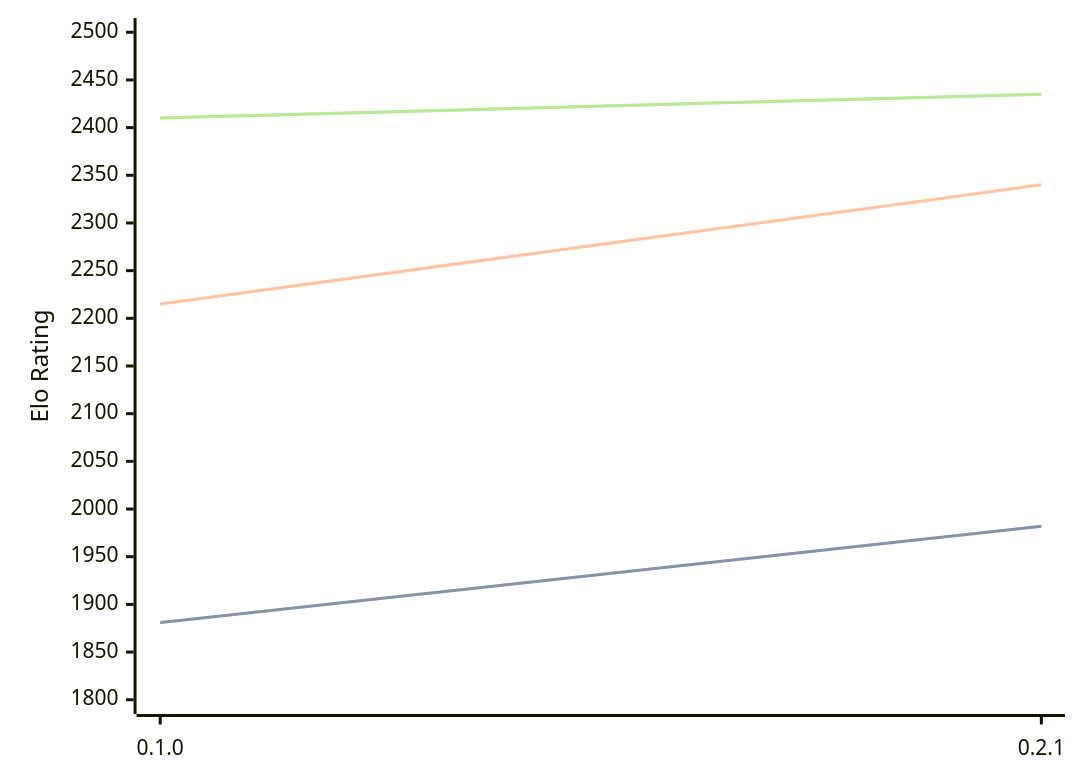
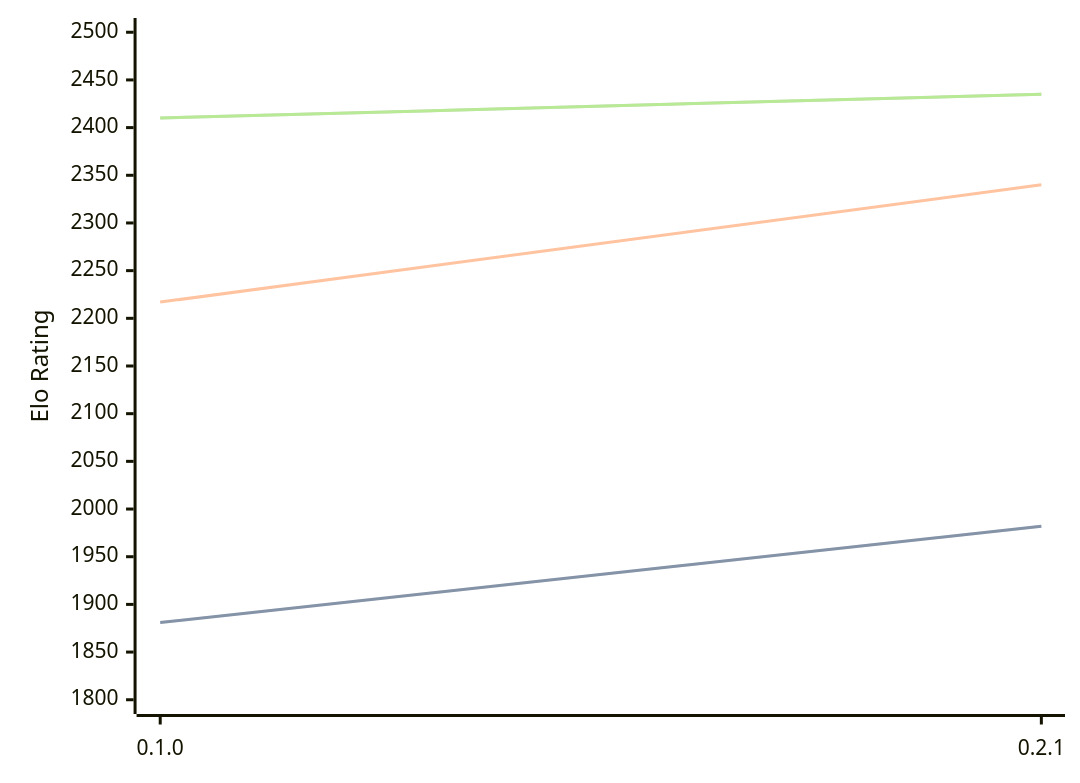
One commit to computer-chess-index/cci changed the third of 3 diagrams in engines/Sykora.md. Above: the diagram before and after it, drawn with Mermaid. The commit also changed other lines of this file, not shown here.

````diff
--- a/engines/Sykora.md
+++ b/engines/Sykora.md
@@ -66,11 +66,11 @@
 ```mermaid
 %%{init: {"theme":"base","themeVariables":{"seriesColors:['#a3a3a3','#222221','#faa371']}}}%%
 xychart-beta
   x-axis ["0.1.0", "0.2.1"]
   y-axis "Elo Rating" 1800 --> 2500
   line "STC (8.0+0.08s)" [1881, 1982]
   line "STC (8.0+0.08s)" [1881, 1982]
-  line "LTC (60.0+0.60s)" [2215, 2340]
+  line "LTC (60.0+0.60s)" [2217, 2340]
   line "VLTC (2m24s+1.12s)" [2410, 2435]
   line "VLTC (2m24s+1.12s)" [2410, 2435]
 ```
````
